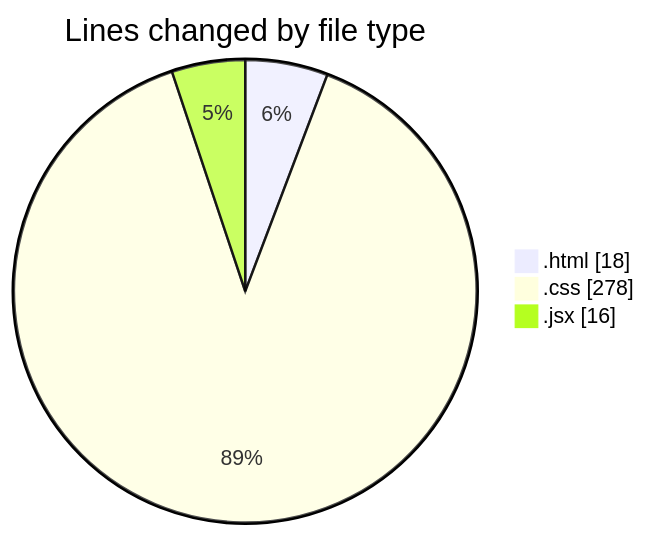
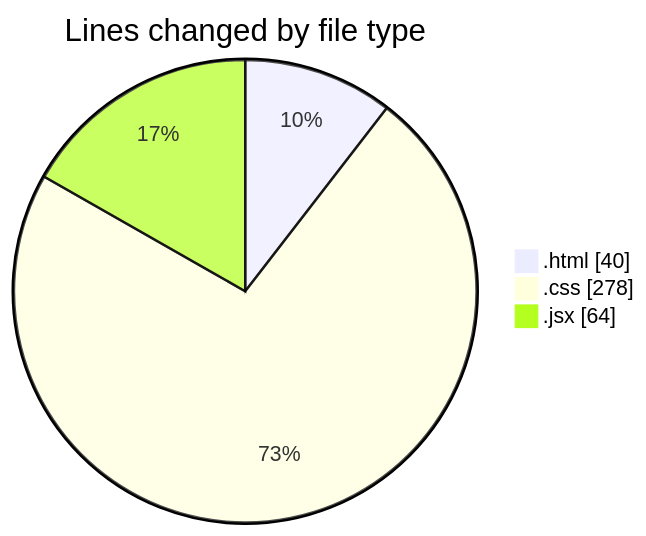
The first of 2 diagrams in 2025-05-26/projects/README.md (Ritupan-Deka/code-tracking), drawn with Mermaid before and after one commit. The commit also changed other lines of this file and 1 other file, not shown here.

````diff
--- a/2025-05-26/projects/README.md
+++ b/2025-05-26/projects/README.md
@@ -23,7 +23,7 @@
 ```mermaid
 pie showData
 title Lines changed by file type
-".html" : 18
+".html" : 40
 ".css" : 278
-".jsx" : 16
+".jsx" : 64
 ```
````
